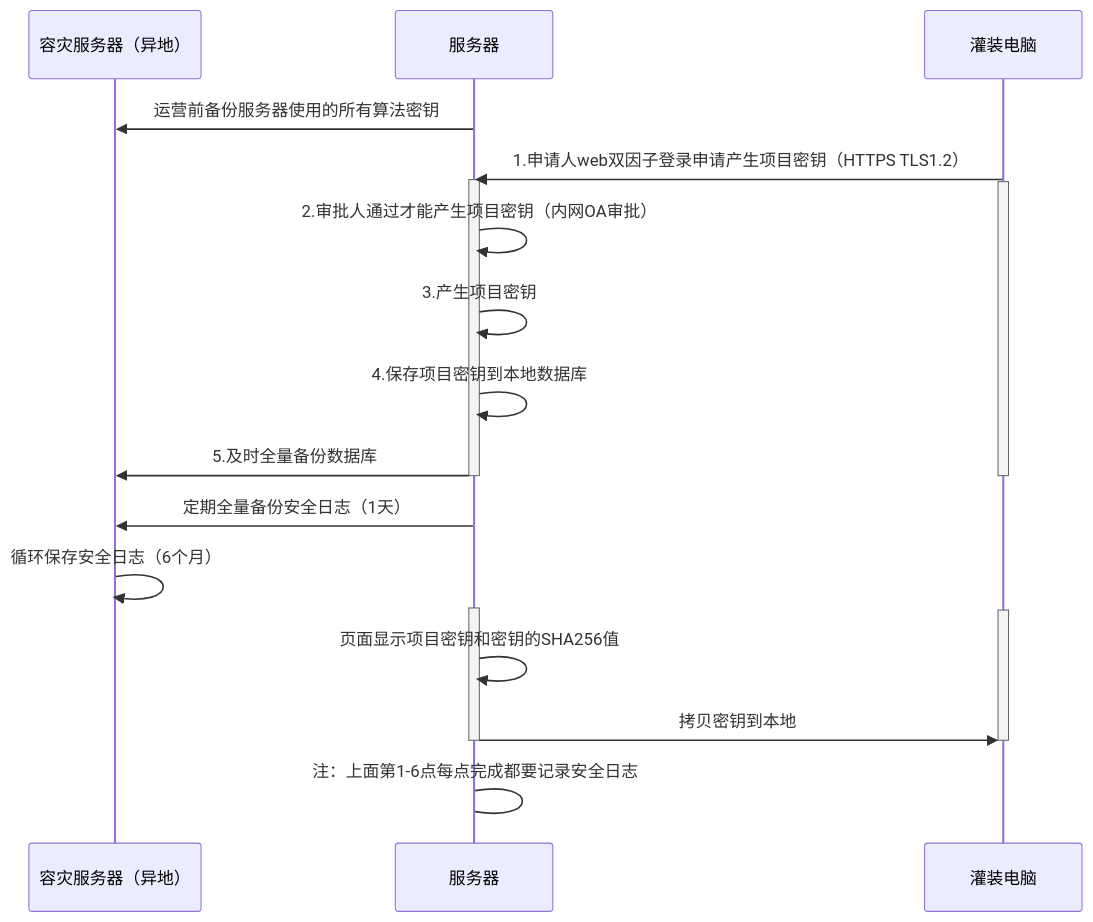
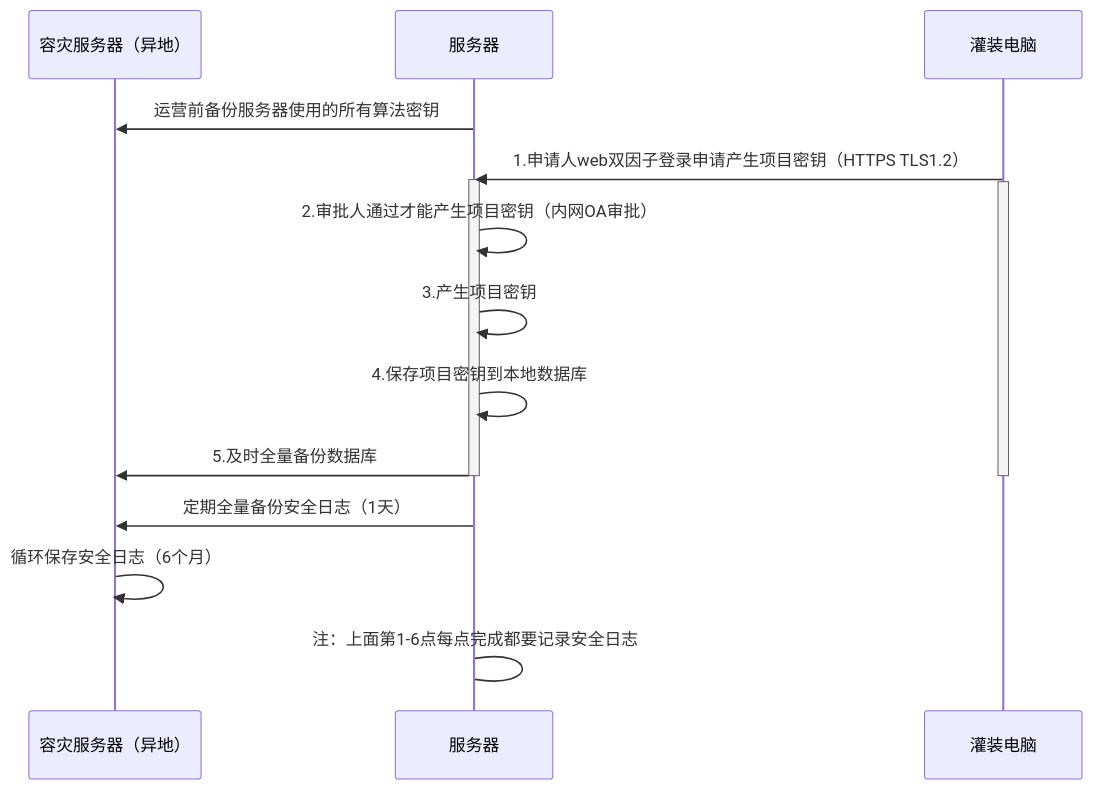
One commit to facebook-cloud/iodraw-files changed the diagram in all/未命名-23.md. Above: the diagram before and after it, drawn with Mermaid.

Commit message:
2026-04-15 16:37:07 update

````diff
--- a/all/未命名-23.md
+++ b/all/未命名-23.md
@@ -1,33 +1,27 @@
 ```mermaid
 sequenceDiagram
     participant A as 容灾服务器（异地）
     participant B as 服务器
     participant D as 灌装电脑
 
     B->>A: 运营前备份服务器使用的所有算法密钥
     D->>B: 1.申请人web双因子登录申请产生项目密钥（HTTPS TLS1.2）
     activate B
     activate D
     B->>B: 2.审批人通过才能产生项目密钥（内网OA审批）
     B->>B: 3.产生项目密钥
     B->>B: 4.保存项目密钥到本地数据库
     B->>A: 5.及时全量备份数据库
 
     deactivate B
     deactivate D
 
     B->>A: 定期全量备份安全日志（1天）
     A->>A: 循环保存安全日志（6个月）
     
- 
-    activate B
-    activate D
-    B->>B: 页面显示项目密钥和密钥的SHA256值
-    B->>D: 拷贝密钥到本地
-    deactivate B
-    deactivate D
+
     B->B: 注：上面第1-6点每点完成都要记录安全日志
 
     
 
 ```
````
